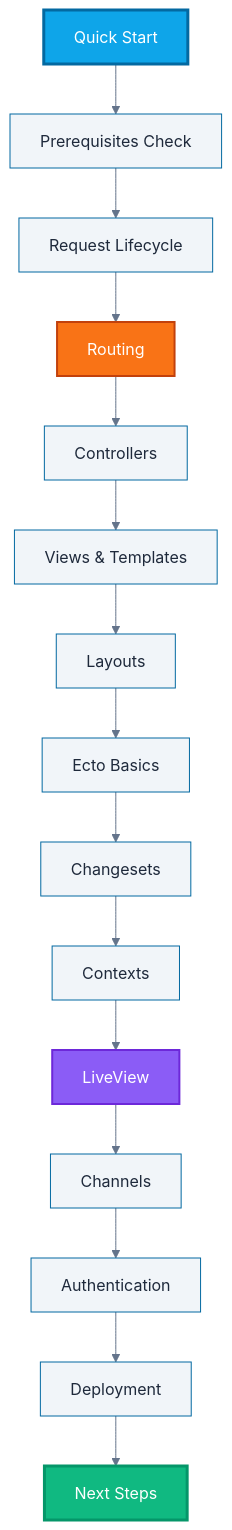
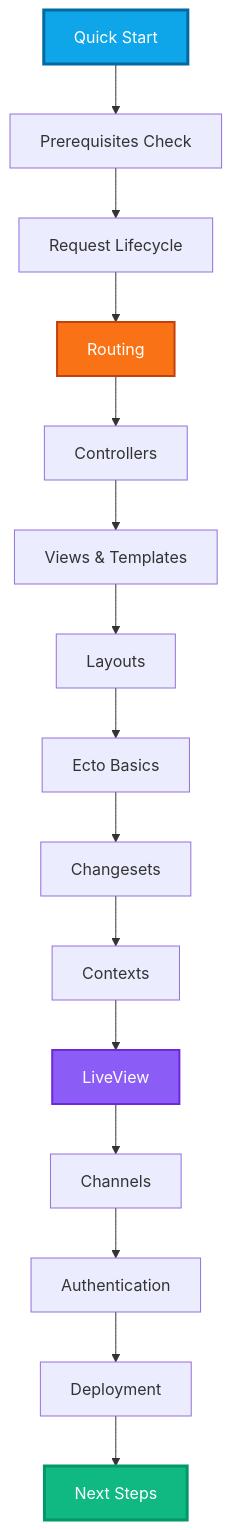
The first of 2 diagrams in apps/ayokoding-web/content/en/learn/software-engineering/platforms/web/tools/elixir-phoenix/quick-start.md (wahidyankf/baseerah), drawn with Mermaid before and after one commit. The commit also changed other lines of this file and 17 other files, not shown here.

First line of the commit message:
fix(ci): scope pre-push mermaid check to governance + docs dirs

````diff
--- a/apps/ayokoding-web/content/en/learn/software-engineering/platforms/web/tools/elixir-phoenix/quick-start.md
+++ b/apps/ayokoding-web/content/en/learn/software-engineering/platforms/web/tools/elixir-phoenix/quick-start.md
@@ -45,23 +45,23 @@
 ```mermaid
-%%{init: {'theme':'base', 'themeVariables': { 'primaryColor':'#0ea5e9','primaryTextColor':'#1e293b','primaryBorderColor':'#0369a1','lineColor':'#64748b','secondaryColor':'#f97316','tertiaryColor':'#8b5cf6','background':'#ffffff','mainBkg':'#f1f5f9','secondBkg':'#e2e8f0'}}}%%
+%%{init: {'theme':'base',<br/>'themeVariables': {<br/>'primaryColor':'#0ea5e9','primaryTextColor':'#1e293b','primaryBorderColor':'#0369a1','lineColor':'#64748b','secondaryColor':'#f97316','tertiaryColor':'#8b5cf6','background':'#ffffff','mainBkg':'#f1f5f9','secondBkg':'#e2e8f0'}}}%%
 graph TB
     Start[Quick Start] --> Setup[Prerequisites Check]
     Setup --> Lifecycle[Request Lifecycle]
     Lifecycle --> Route[Routing]
     Route --> Control[Controllers]
     Control --> View[Views & Templates]
     View --> Layout[Layouts]
     Layout --> Ecto[Ecto Basics]
     Ecto --> Change[Changesets]
     Change --> Context[Contexts]
     Context --> Live[LiveView]
     Live --> Chan[Channels]
     Chan --> Auth[Authentication]
     Auth --> Deploy[Deployment]
     Deploy --> Next[Next Steps]
 
     style Start fill:#0ea5e9,stroke:#0369a1,stroke-width:3px,color:#ffffff
     style Next fill:#10b981,stroke:#059669,stroke-width:3px,color:#ffffff
     style Route fill:#f97316,stroke:#c2410c,stroke-width:2px,color:#ffffff
     style Live fill:#8b5cf6,stroke:#6d28d9,stroke-width:2px,color:#ffffff
 ```
````
